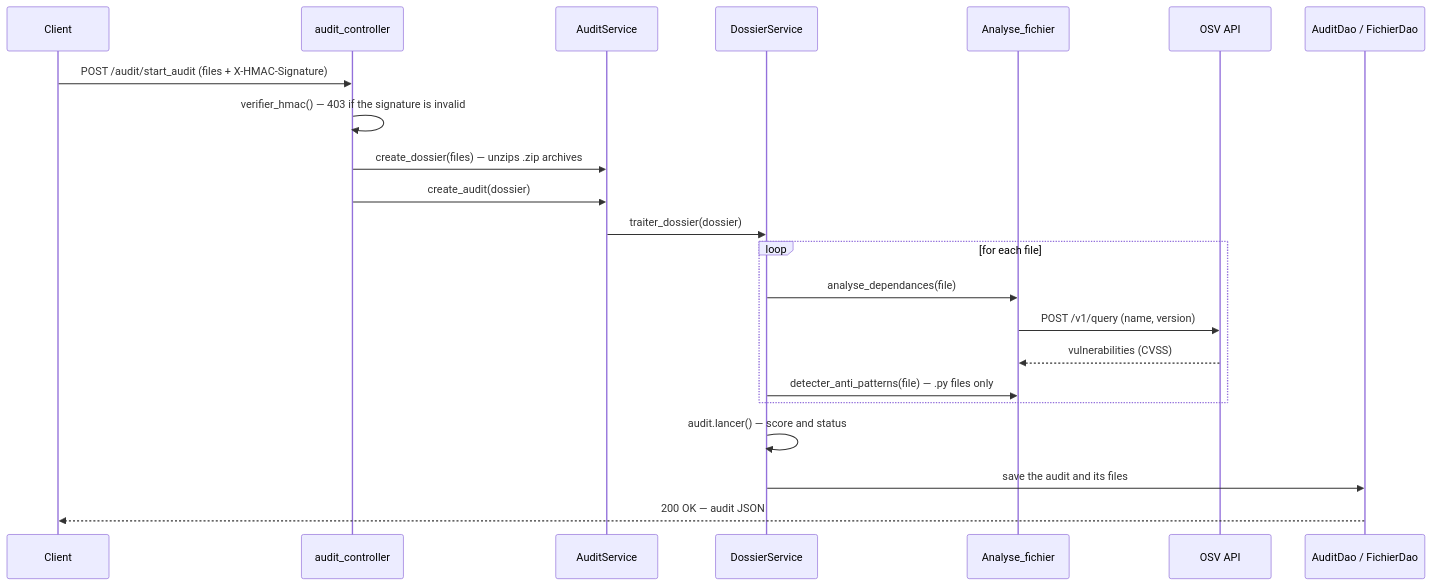
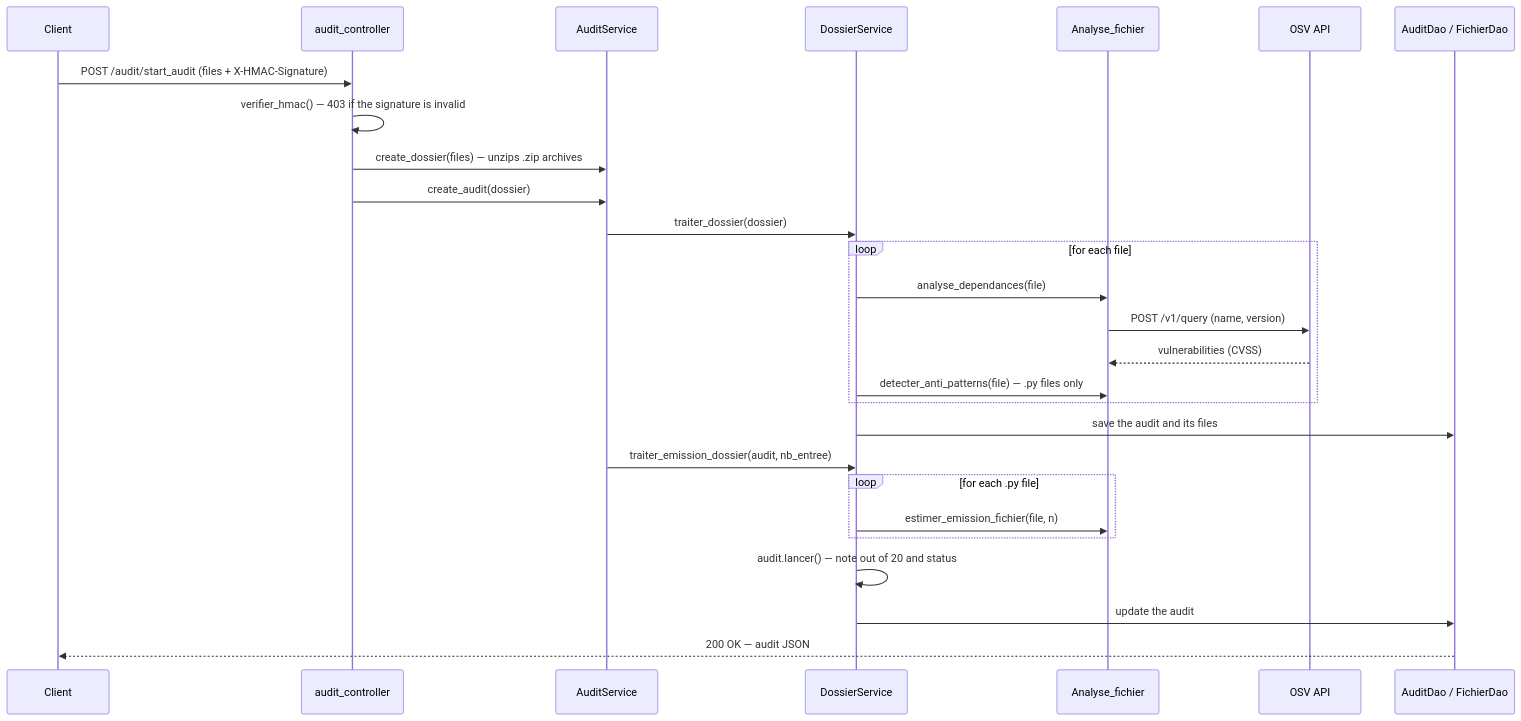
The diagram in backend/README.md (Tympwu/Projet-2A-Info-ENSAI), drawn with Mermaid before and after one commit. The commit also changed other lines of this file and 40 other files, not shown here.

````diff
--- a/backend/README.md
+++ b/backend/README.md
@@ -66,25 +66,30 @@
 ```mermaid
 sequenceDiagram
     participant Client
     participant Ctrl as audit_controller
     participant AS as AuditService
     participant DS as DossierService
     participant AF as Analyse_fichier
     participant OSV as OSV API
     participant DAO as AuditDao / FichierDao
 
     Client->>Ctrl: POST /audit/start_audit (files + X-HMAC-Signature)
     Ctrl->>Ctrl: verifier_hmac() — 403 if the signature is invalid
     Ctrl->>AS: create_dossier(files) — unzips .zip archives
     Ctrl->>AS: create_audit(dossier)
     AS->>DS: traiter_dossier(dossier)
     loop for each file
         DS->>AF: analyse_dependances(file)
         AF->>OSV: POST /v1/query (name, version)
         OSV-->>AF: vulnerabilities (CVSS)
         DS->>AF: detecter_anti_patterns(file) — .py files only
     end
-    DS->>DS: audit.lancer() — score and status
     DS->>DAO: save the audit and its files
+    AS->>DS: traiter_emission_dossier(audit, nb_entree)
+    loop for each .py file
+        DS->>AF: estimer_emission_fichier(file, n)
+    end
+    DS->>DS: audit.lancer() — note out of 20 and status
+    DS->>DAO: update the audit
     DAO-->>Client: 200 OK — audit JSON
 ```
````
